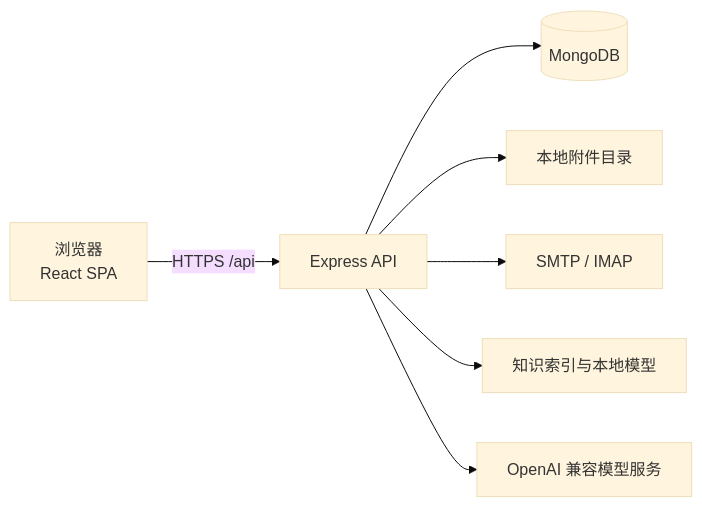
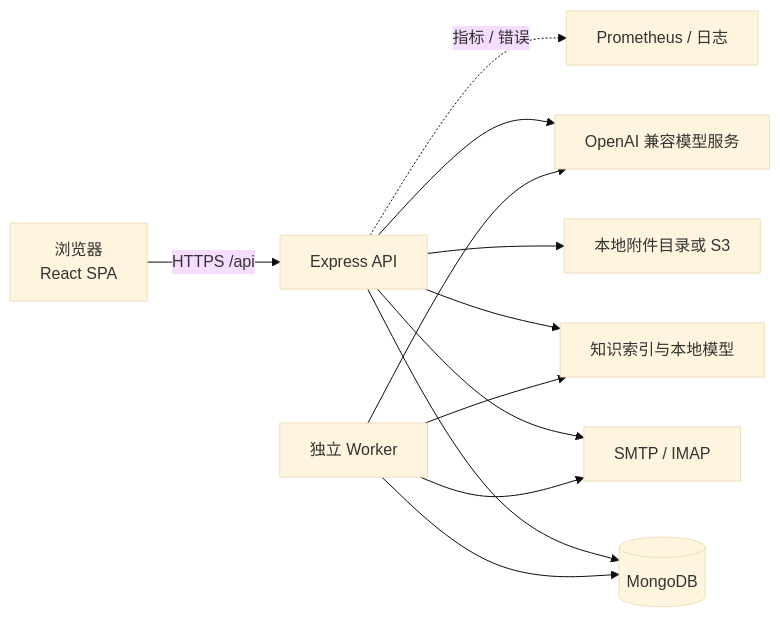
Before and after one commit to D77-jpg/Genesis_CRM: the diagram in README.md, drawn with Mermaid (base theme). The commit also changed other lines of this file and 104 other files, not shown here.

````diff
--- a/README.md
+++ b/README.md
@@ -112,9 +122,14 @@
 ```mermaid
 flowchart LR
   U[浏览器<br/>React SPA] -->|HTTPS /api| A[Express API]
   A --> M[(MongoDB)]
-  A --> F[本地附件目录]
+  A --> F[本地附件目录或 S3]
   A --> S[SMTP / IMAP]
   A --> K[知识索引与本地模型]
   A --> L[OpenAI 兼容模型服务]
+  A -. 指标 / 错误 .-> O[Prometheus / 日志]
+  W[独立 Worker] --> M
+  W --> S
+  W --> K
+  W --> L
 ```
````
